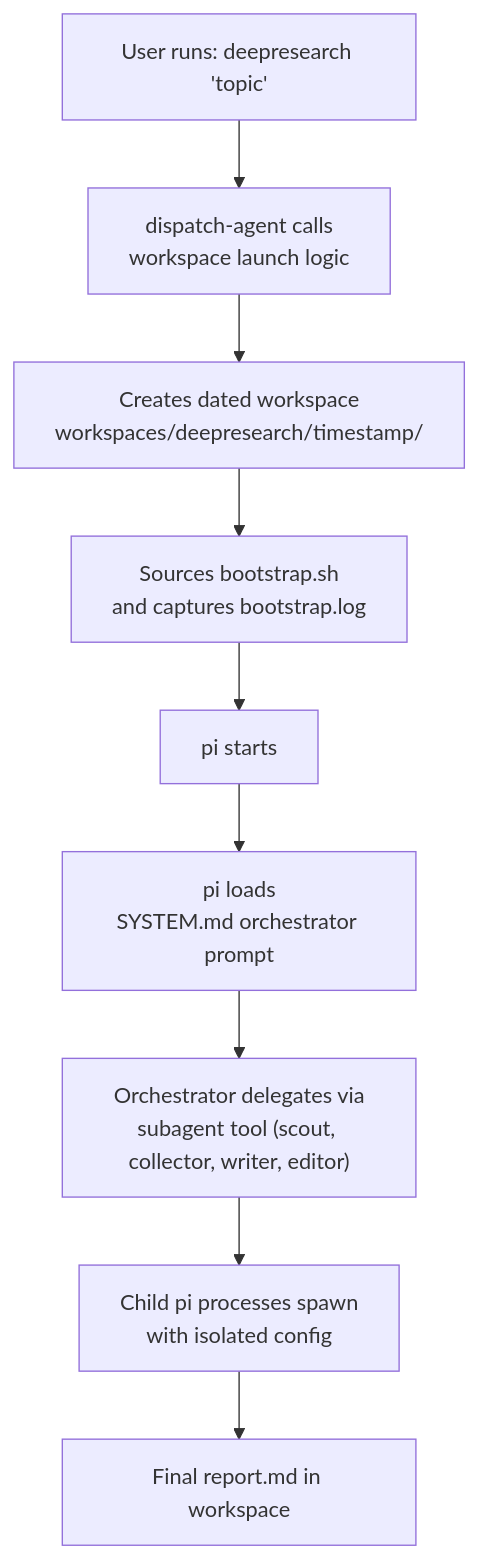
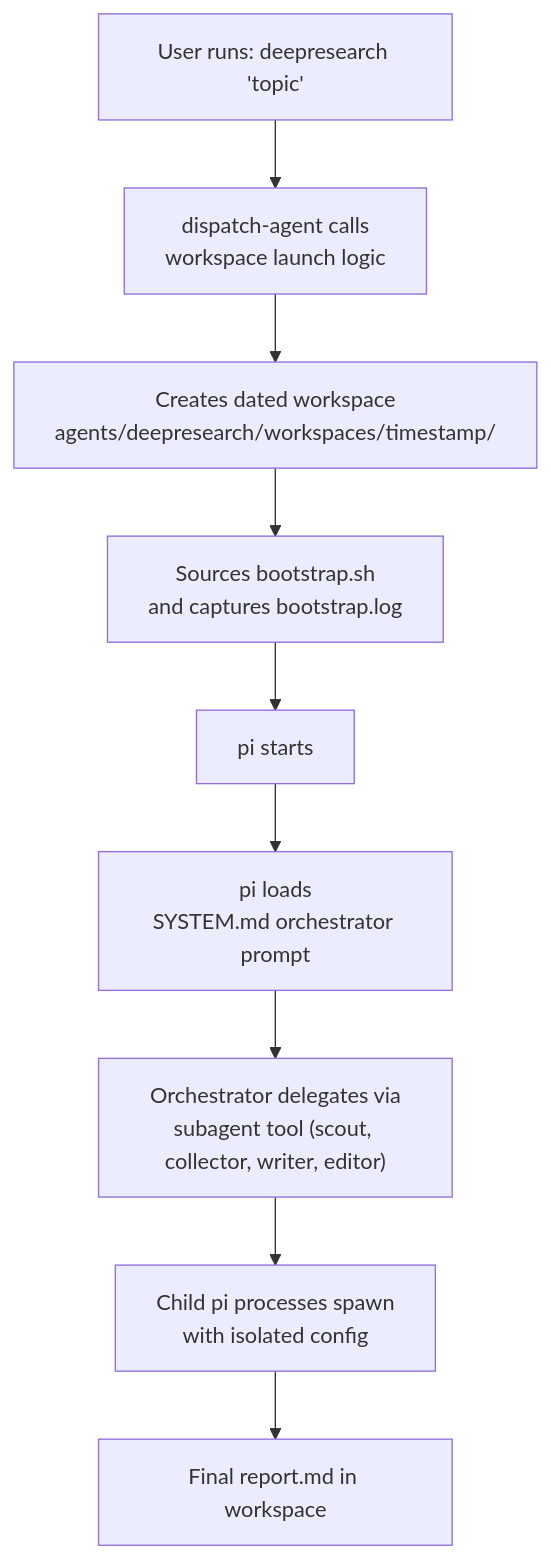
Before and after one commit to PlebeiusGaragicus/dot-pi: the second of 3 diagrams in docs/architecture.md, drawn with Mermaid. The commit also changed 18 other files, not shown here.

Commit message:
Refactor workspace directory structure to use agents/<name>/workspaces/ instead of workspaces/. Updated documentation and scripts accordingly. Removed obsolete workspaces/ directory.

````diff
--- a/docs/architecture.md
+++ b/docs/architecture.md
@@ -84,15 +84,15 @@
 ```mermaid
 graph TD
   WUser["User runs: deepresearch 'topic'"]
   WAlias["dispatch-agent calls<br/>workspace launch logic"]
-  WDir["Creates dated workspace<br/>workspaces/deepresearch/timestamp/"]
+  WDir["Creates dated workspace<br/>agents/deepresearch/workspaces/timestamp/"]
   WBootstrap["Sources bootstrap.sh<br/>and captures bootstrap.log"]
   WPi["pi starts"]
   WSystem["pi loads<br/>SYSTEM.md orchestrator prompt"]
   WSubagent["Orchestrator delegates via<br/>subagent tool (scout, collector, writer, editor)"]
   WChild["Child pi processes spawn<br/>with isolated config"]
   WReport["Final report.md in workspace"]
 
   WUser --> WAlias --> WDir --> WBootstrap --> WPi
   WPi --> WSystem --> WSubagent --> WChild --> WReport
 ```
````
